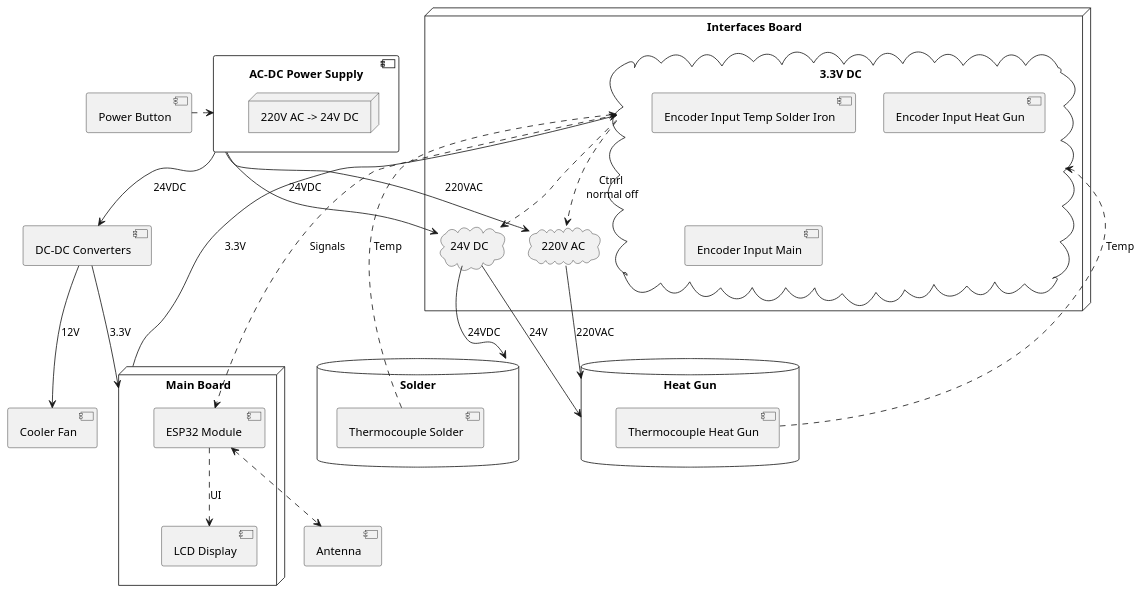
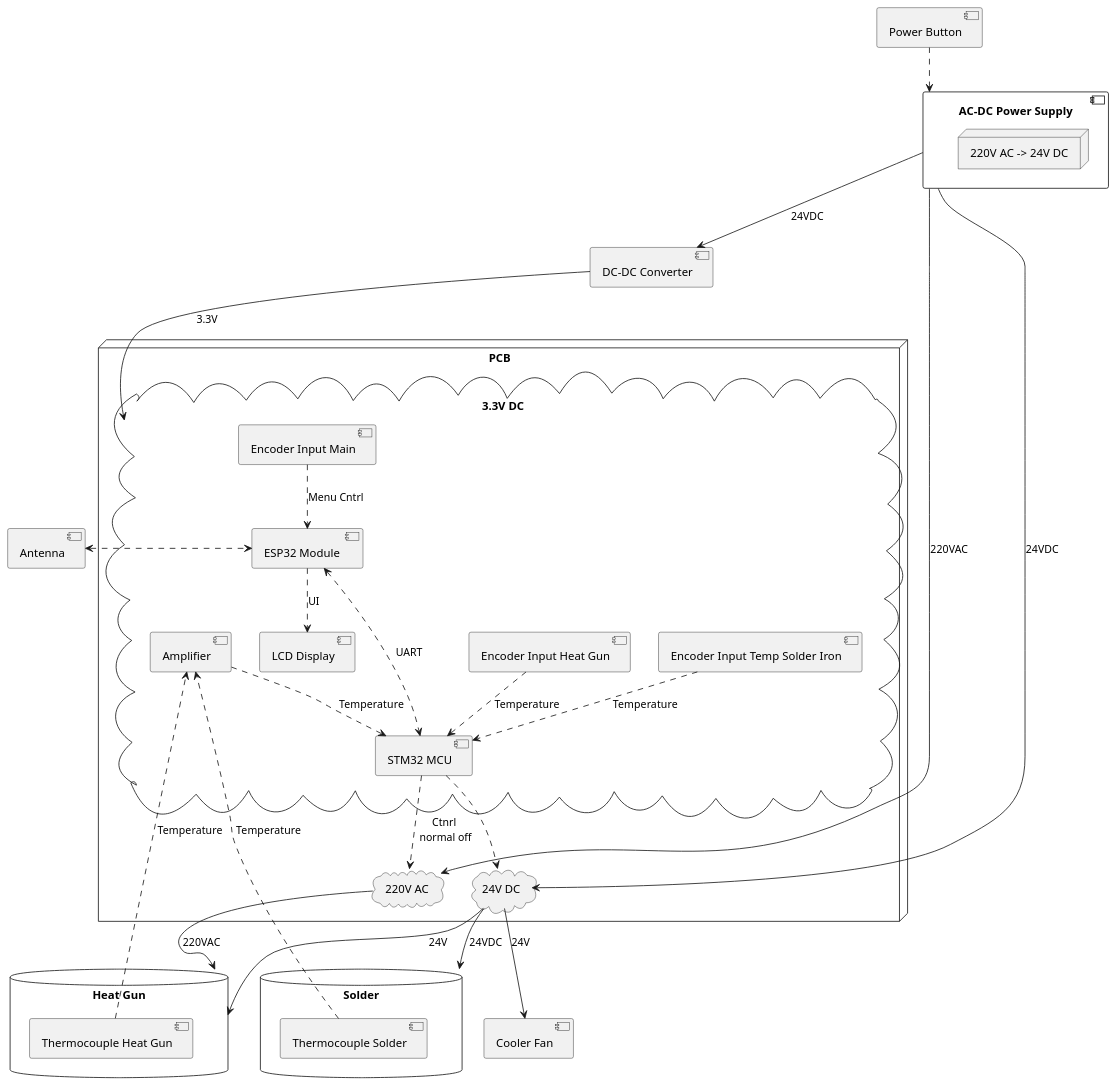
Before and after one commit to keyfour/Phixilab-Soldering-Station: the diagram in doc/device_structure.puml, drawn with PlantUML. The commit also changed 1 other file, not shown here.

```diff
--- a/doc/device_structure.puml
+++ b/doc/device_structure.puml
@@ -1,57 +1,61 @@
 @startuml
 
 component "AC-DC Power Supply" as power {
     node "220V AC -> 24V DC"
 }
-component "DC-DC Converters" as converter
+component "DC-DC Converter" as converter
 component "Cooler Fan" as cooller
 component "Antenna" as antenna
 component "Power Button" as button
 
 database "Solder" as solder {
     component "Thermocouple Solder" as thcSolder
 }
 
 database "Heat Gun" as gun {
     component "Thermocouple Heat Gun" as thcHeat
 }
 
-node "Main Board" as main {
-    component "LCD Display" as display
-    component "ESP32 Module " as mcu
-}
-
-node "Interfaces Board" as interfaces {
+node "PCB" as interfaces {
     cloud "3.3V DC" as lvdomain {
+        component "LCD Display" as display
+        component "ESP32 Module " as mcu
         component "Encoder Input Temp Solder Iron" as inputTemp
         component "Encoder Input Heat Gun" as inputHeat
         component "Encoder Input Main" as inputMain
+        component "STM32 MCU" as driver
+        component "Amplifier" as amp
     }
     cloud "220V AC" as hvdomain
     cloud "24V DC"  as mvdomain
 }
 
 power --> converter : 24VDC
 power --> hvdomain : 220VAC
 power --> mvdomain : 24VDC
-converter --> main : 3.3V
-converter --> cooller : 12V
+converter --> lvdomain : 3.3V
+mvdomain --> cooller : 24V
 mvdomain -down-> solder : 24VDC   
 hvdomain -down-> gun : 220VAC
-main --> lvdomain : 3.3V
 mvdomain --> gun : 24V
 
-thcSolder ..> lvdomain : Temp
-thcHeat ..> lvdomain : Temp
+thcSolder ..> amp : Temperature
+thcHeat ..> amp : Temperature
+amp ..> driver : Temperature
 
-lvdomain ...> mcu : Signals
 mcu ..> display : UI
 
-lvdomain ..> hvdomain : Ctnrl\n normal off
-lvdomain ..> mvdomain
+inputMain ..> mcu : Menu Cntrl
+inputTemp ..> driver : Temperature
+inputHeat ..> driver : Temperature
 
-mcu <..> antenna
+mcu <...> driver : UART
 
-button .r.> power
+driver ..> hvdomain : Ctnrl\n normal off
+driver ..> mvdomain
+
+mcu <.left.> antenna
+
+button ..> power
 
 @enduml
```
